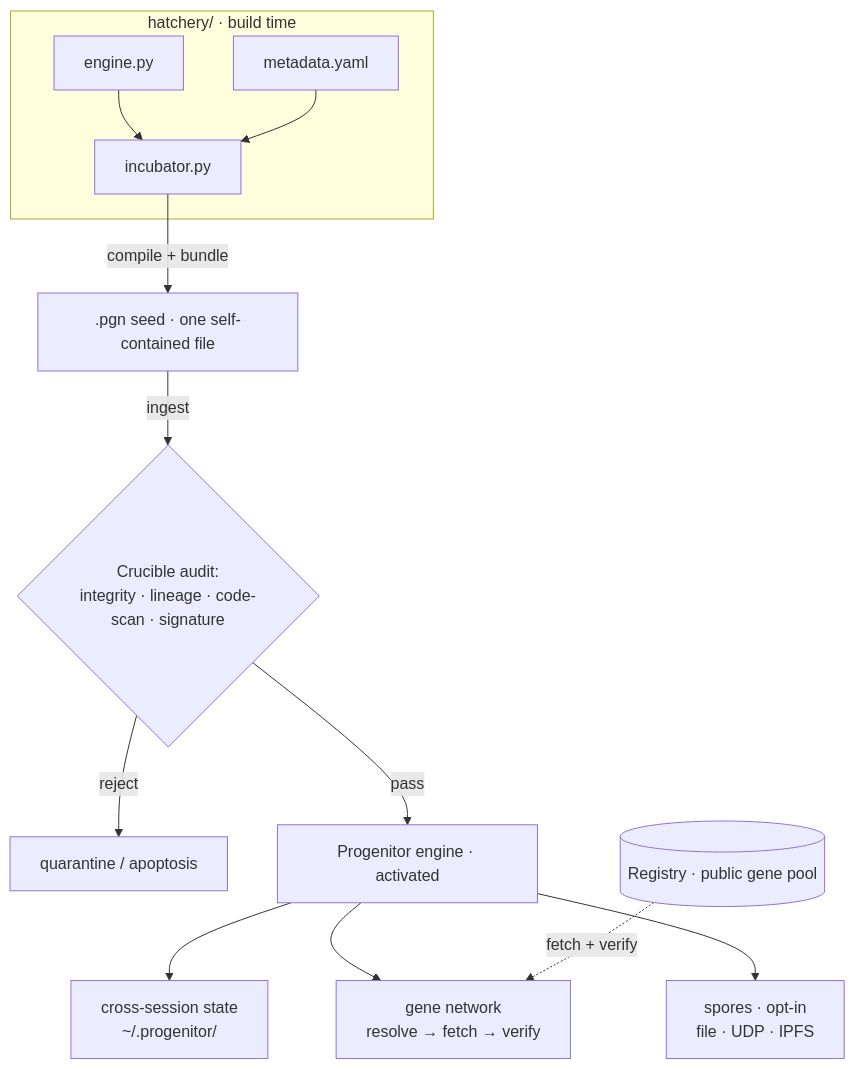
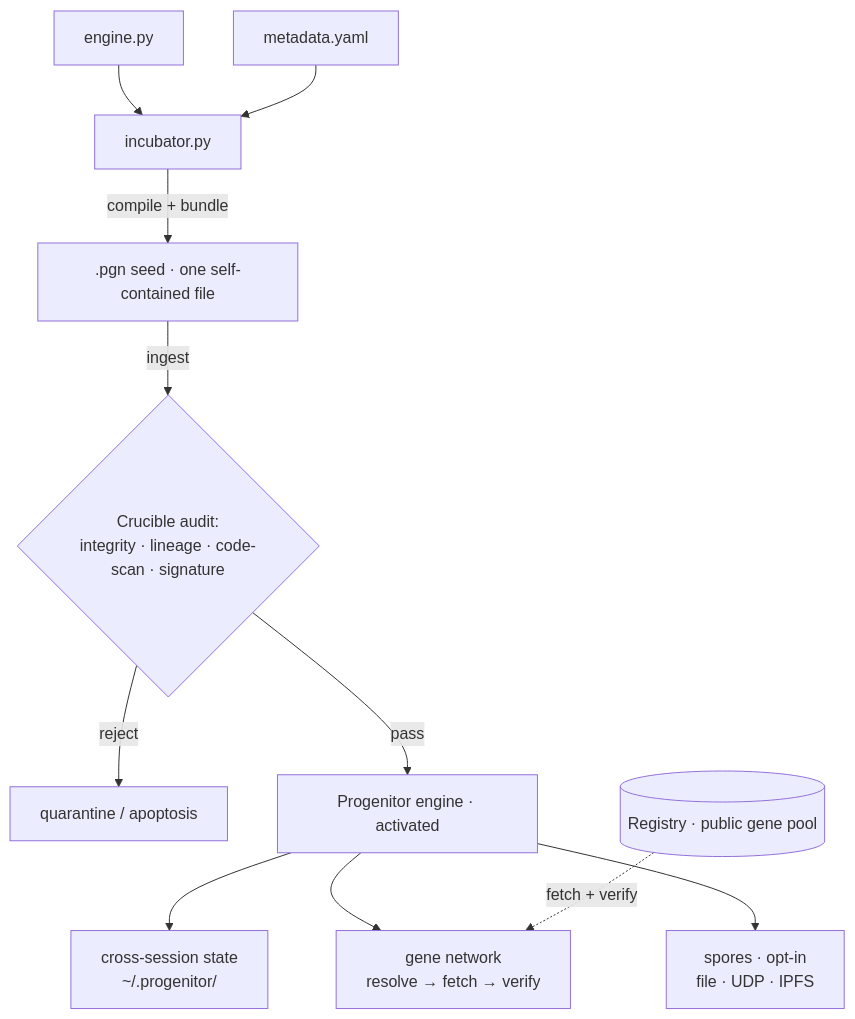
Before and after one commit to Audrey-cn/progenitor-protocol: the first of 2 diagrams in README.md, drawn with Mermaid. The commit also changed 1 other file, not shown here.

Commit message:
docs: flatten Mermaid subgraph to plain nodes (guaranteed-render)
The architecture flowchart used 'subgraph id["title"]' with special chars in the title — not render-testable locally and inconsistently supported across Mermaid versions. Flattened to plain nodes (engine.py + metadata.yaml -> incubator -> seed); same information, no subgraph, renders reliably on GitHub.

````diff
--- a/README.md
+++ b/README.md
@@ -181,15 +181,13 @@
 ```mermaid
 flowchart TD
-    subgraph build["hatchery/ · build time"]
-        E["engine.py"] --> I["incubator.py"]
-        M["metadata.yaml"] --> I
-    end
+    E["engine.py"] --> I["incubator.py"]
+    M["metadata.yaml"] --> I["incubator.py"]
     I -->|"compile + bundle"| SEED[".pgn seed · one self-contained file"]
     SEED -->|ingest| CR{"Crucible audit:<br/>integrity · lineage · code-scan · signature"}
     CR -->|reject| Q["quarantine / apoptosis"]
     CR -->|pass| ENG["Progenitor engine · activated"]
     ENG --> ST["cross-session state<br/>~/.progenitor/"]
     ENG --> GN["gene network<br/>resolve → fetch → verify"]
     ENG --> SP["spores · opt-in<br/>file · UDP · IPFS"]
     REG[("Registry · public gene pool")] -. "fetch + verify" .-> GN
 ```
````
